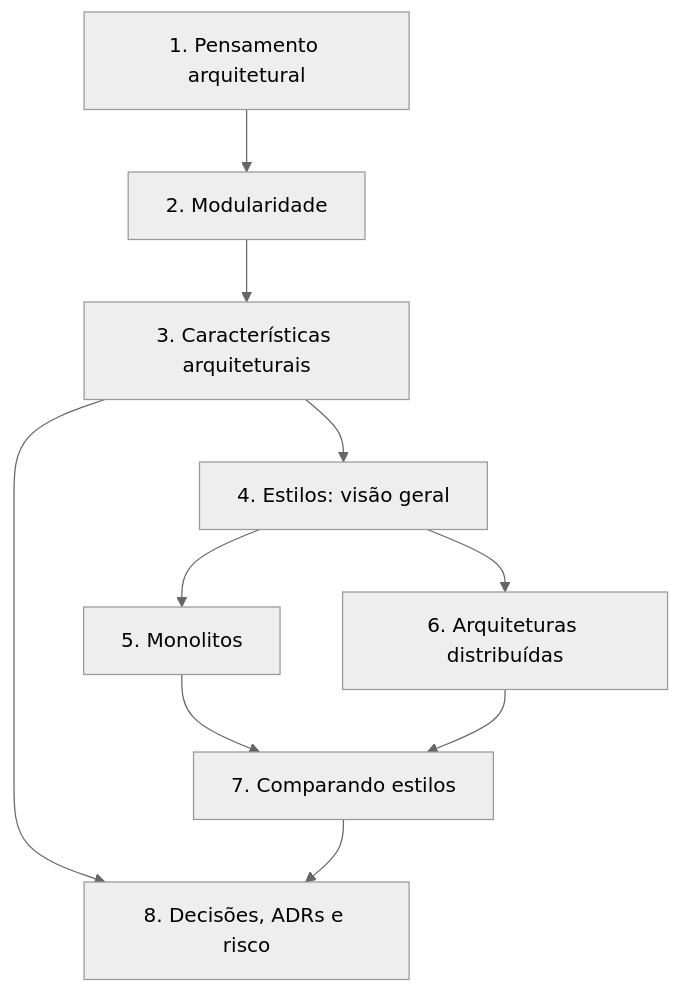
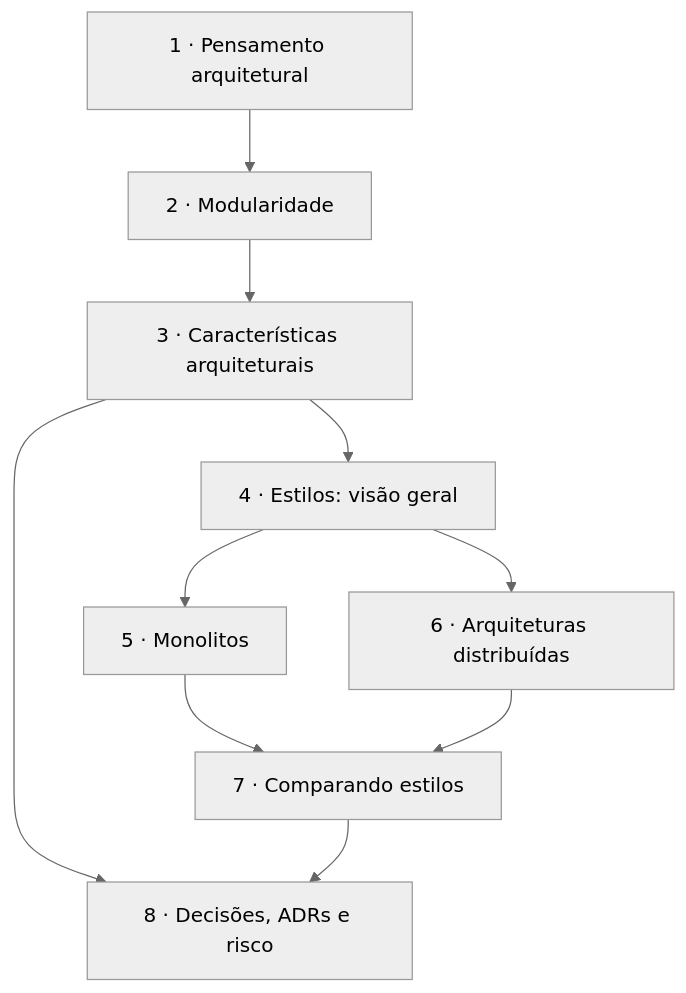
Before and after one commit to ogatalars/guia_software_engineering_teorico: the diagram in content/pt-br/arquitetura/fundamentals-software-architecture/index.md, drawn with Mermaid (neutral theme). The commit also changed 12 other files, not shown here.

First line of the commit message:
fix(content): corrige diagramas Mermaid com rótulos iniciados por 'N.'

````diff
--- a/content/pt-br/arquitetura/fundamentals-software-architecture/index.md
+++ b/content/pt-br/arquitetura/fundamentals-software-architecture/index.md
@@ -27,12 +27,12 @@
 ```mermaid
 flowchart TD
-    P1["1. Pensamento arquitetural"] --> P2["2. Modularidade"]
-    P2 --> P3["3. Características arquiteturais"]
-    P3 --> P4["4. Estilos: visão geral"]
-    P4 --> P5["5. Monolitos"]
-    P4 --> P6["6. Arquiteturas distribuídas"]
-    P5 --> P7["7. Comparando estilos"]
+    P1["1 · Pensamento arquitetural"] --> P2["2 · Modularidade"]
+    P2 --> P3["3 · Características arquiteturais"]
+    P3 --> P4["4 · Estilos: visão geral"]
+    P4 --> P5["5 · Monolitos"]
+    P4 --> P6["6 · Arquiteturas distribuídas"]
+    P5 --> P7["7 · Comparando estilos"]
     P6 --> P7
-    P3 --> P8["8. Decisões, ADRs e risco"]
+    P3 --> P8["8 · Decisões, ADRs e risco"]
     P7 --> P8
 ```
````
